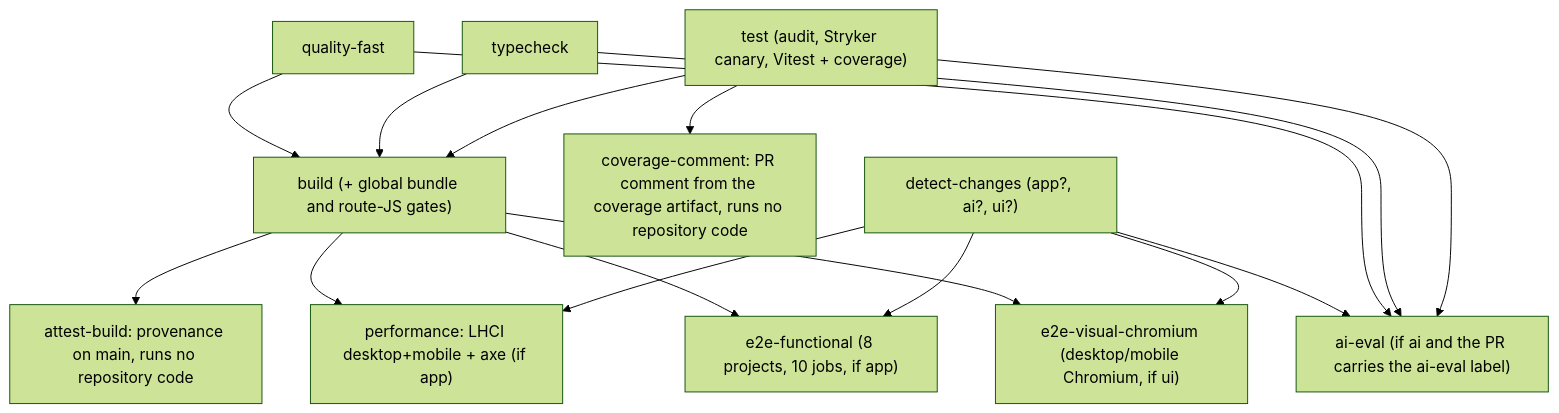
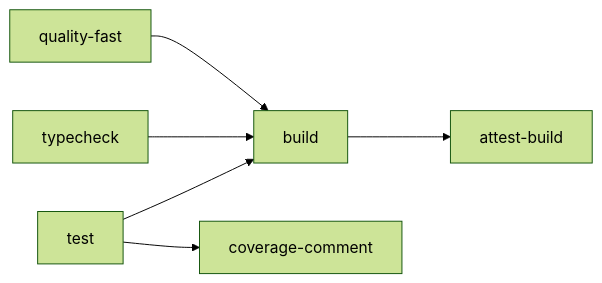
The third of 6 diagrams in docs/07-workflows.md (erikunha/portfolio), drawn with Mermaid (forest theme) before and after one commit. The commit also changed other lines of this file and 1454 other files, not shown here.

First line of the commit message:
refactor(architecture): milestones M0 to M14 and native ci:full (#423)

````diff
--- a/docs/07-workflows.md
+++ b/docs/07-workflows.md
@@ -194,18 +166,8 @@
 ```mermaid
-flowchart TD
-    qf["quality-fast"] --> b["build (+ global bundle and route-JS gates)"]
+flowchart LR
+    qf["quality-fast"] --> b["build"]
     tc["typecheck"] --> b
-    t["test (audit, Stryker canary, Vitest + coverage)"] --> b
-    b --> at["attest-build: provenance on main, runs no repository code"]
-    t --> cc["coverage-comment: PR comment from the coverage artifact, runs no repository code"]
-    b --> perf["performance: LHCI desktop+mobile + axe (if app)"]
-    b --> e2e["e2e-functional (8 projects, 10 jobs, if app)"]
-    b --> vis["e2e-visual-chromium (desktop/mobile Chromium, if ui)"]
-    dc["detect-changes (app?, ai?, ui?)"] --> perf
-    dc --> e2e
-    dc --> vis
-    dc --> ev["ai-eval (if ai and the PR carries the ai-eval label)"]
-    qf --> ev
-    tc --> ev
-    t --> ev
+    t["test"] --> b
+    b --> at["attest-build"]
+    t --> cc["coverage-comment"]
 ```
````
